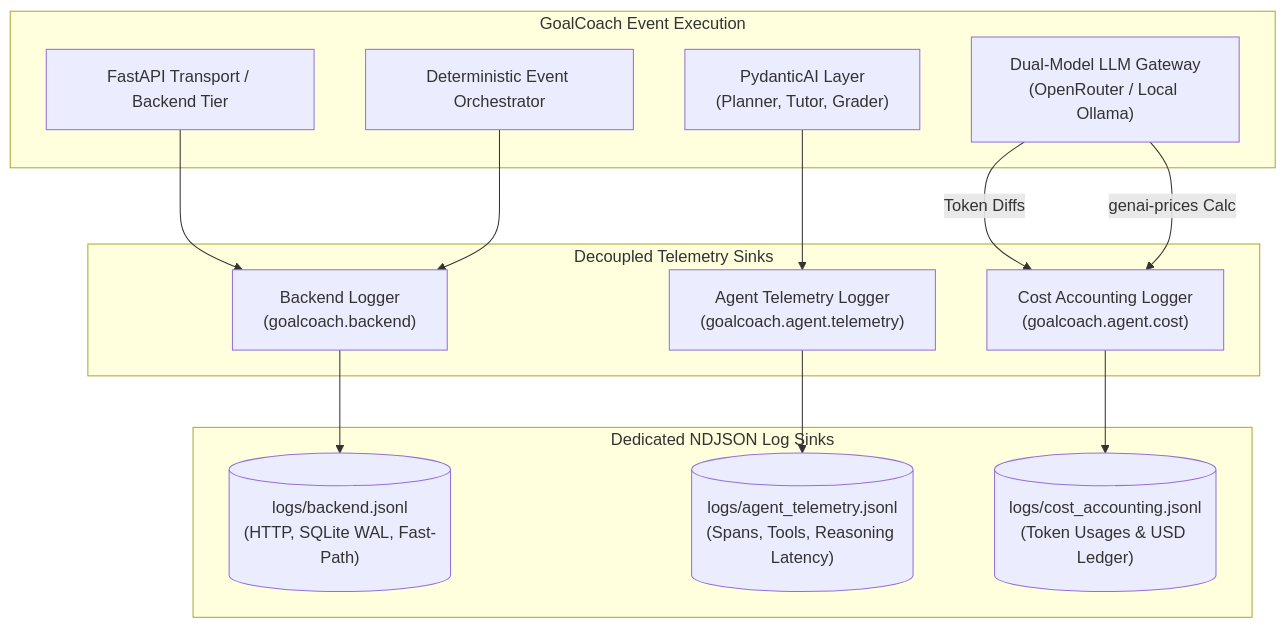
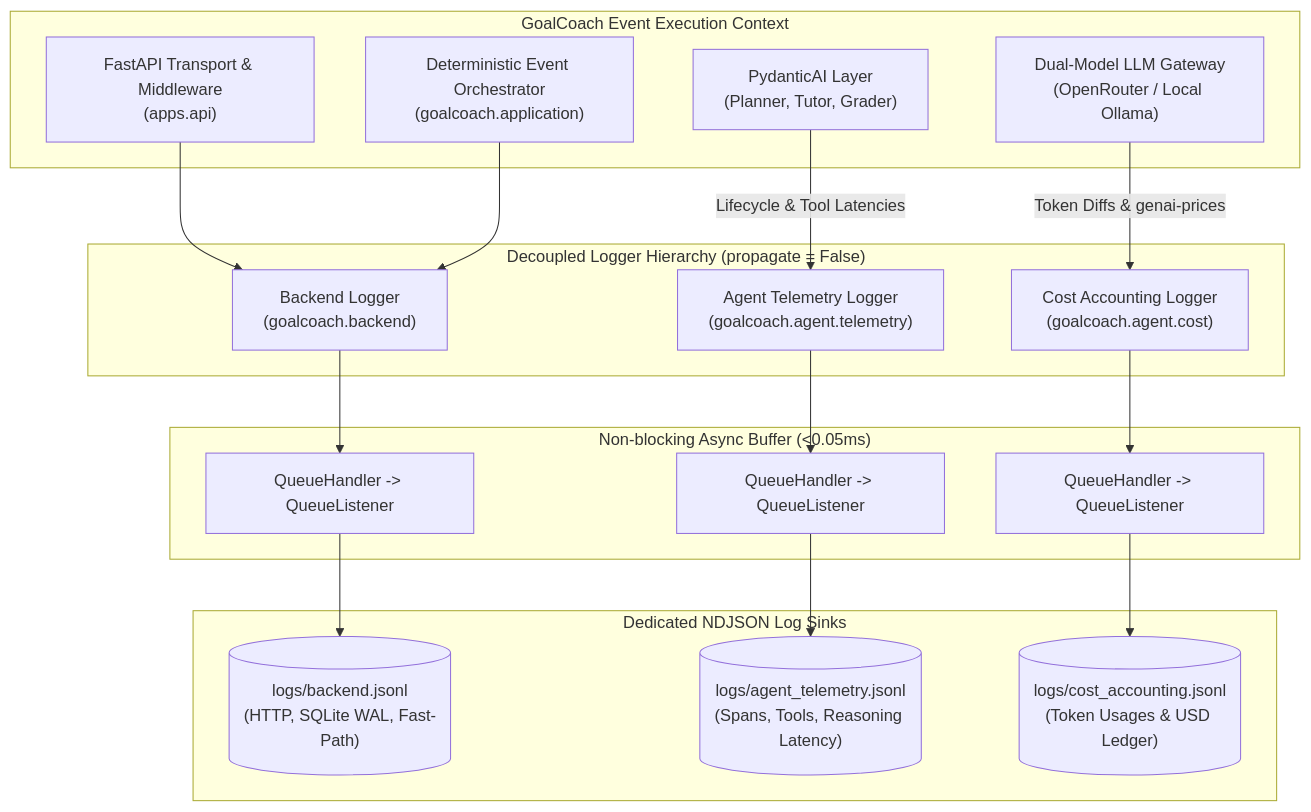
The diagram in docs/dev/AGENT_TELEMETRY_COST_ACCOUNTING_LOGGING_PLAN.md (Psyche0920/GoalCoach), drawn with Mermaid before and after one commit. The commit also changed other lines of this file and 1 other file, not shown here.

Commit message:
docs: add observability guide and telemetry cost accounting implementation plan

````diff
--- a/docs/dev/AGENT_TELEMETRY_COST_ACCOUNTING_LOGGING_PLAN.md
+++ b/docs/dev/AGENT_TELEMETRY_COST_ACCOUNTING_LOGGING_PLAN.md
@@ -21,33 +51,37 @@
 ```mermaid
 flowchart TD
-    subgraph Execution_Context ["GoalCoach Event Execution"]
-        API["FastAPI Transport / Backend Tier"]
-        ORCH["Deterministic Event Orchestrator"]
+    subgraph Execution_Context ["GoalCoach Event Execution Context"]
+        API["FastAPI Transport & Middleware\n(apps.api)"]
+        ORCH["Deterministic Event Orchestrator\n(goalcoach.application)"]
         AGENTS["PydanticAI Layer\n(Planner, Tutor, Grader)"]
         GATEWAY["Dual-Model LLM Gateway\n(OpenRouter / Local Ollama)"]
     end
 
-    subgraph Logging_Isolation_Boundary ["Decoupled Telemetry Sinks"]
+    subgraph Logging_Isolation_Boundary ["Decoupled Logger Hierarchy (propagate = False)"]
         B_LOG["Backend Logger\n(goalcoach.backend)"]
         T_LOG["Agent Telemetry Logger\n(goalcoach.agent.telemetry)"]
         C_LOG["Cost Accounting Logger\n(goalcoach.agent.cost)"]
+    end
+
+    subgraph Asynchronous_Queue_Layer ["Non-blocking Async Buffer (<0.05ms)"]
+        B_Q["QueueHandler -> QueueListener"]
+        T_Q["QueueHandler -> QueueListener"]
+        C_Q["QueueHandler -> QueueListener"]
     end
 
     subgraph Physical_Storage ["Dedicated NDJSON Log Sinks"]
         B_FILE[("logs/backend.jsonl\n(HTTP, SQLite WAL, Fast-Path)")]
         T_FILE[("logs/agent_telemetry.jsonl\n(Spans, Tools, Reasoning Latency)")]
         C_FILE[("logs/cost_accounting.jsonl\n(Token Usages & USD Ledger)")]
     end
 
     API --> B_LOG
     ORCH --> B_LOG
-    B_LOG --> B_FILE
+    B_LOG --> B_Q --> B_FILE
 
-    AGENTS --> T_LOG
-    T_LOG --> T_FILE
+    AGENTS -->|Lifecycle & Tool Latencies| T_LOG
+    T_LOG --> T_Q --> T_FILE
 
-    GATEWAY -->|Token Diffs| C_LOG
-    GATEWAY -->|genai-prices Calc| C_LOG
-    C_LOG --> C_FILE
-
+    GATEWAY -->|Token Diffs & genai-prices| C_LOG
+    C_LOG --> C_Q --> C_FILE
 ```
````
